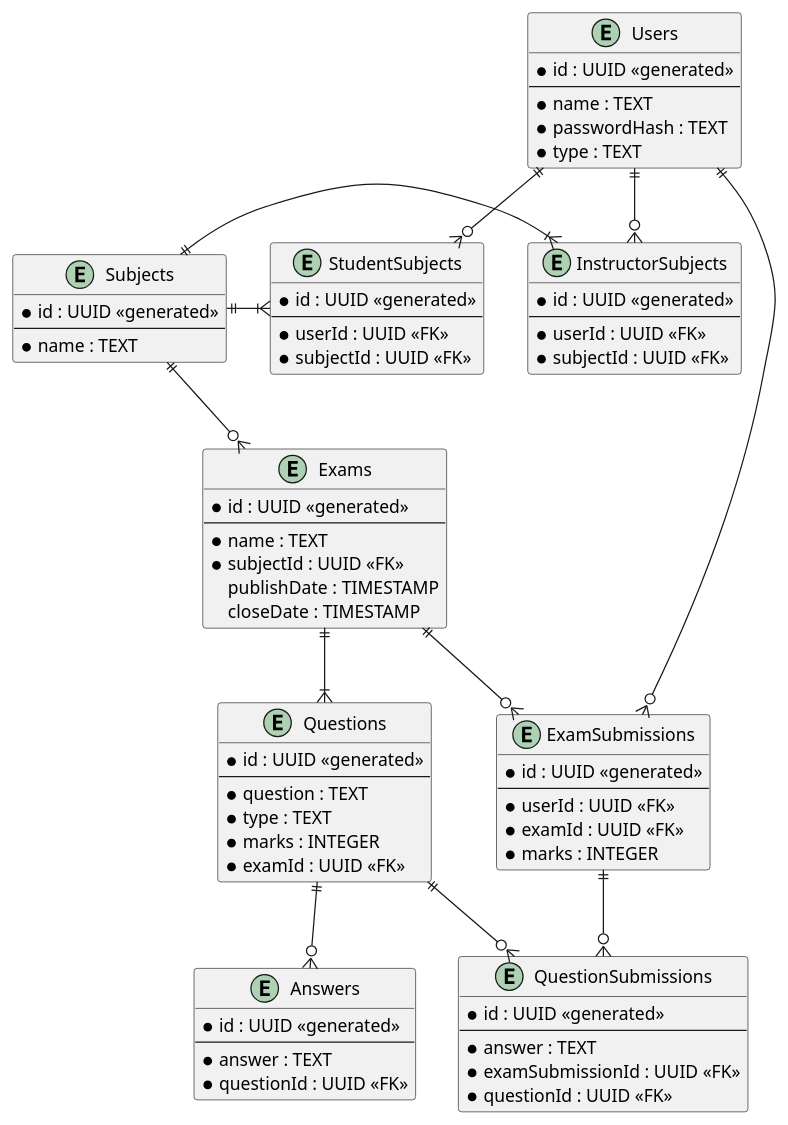
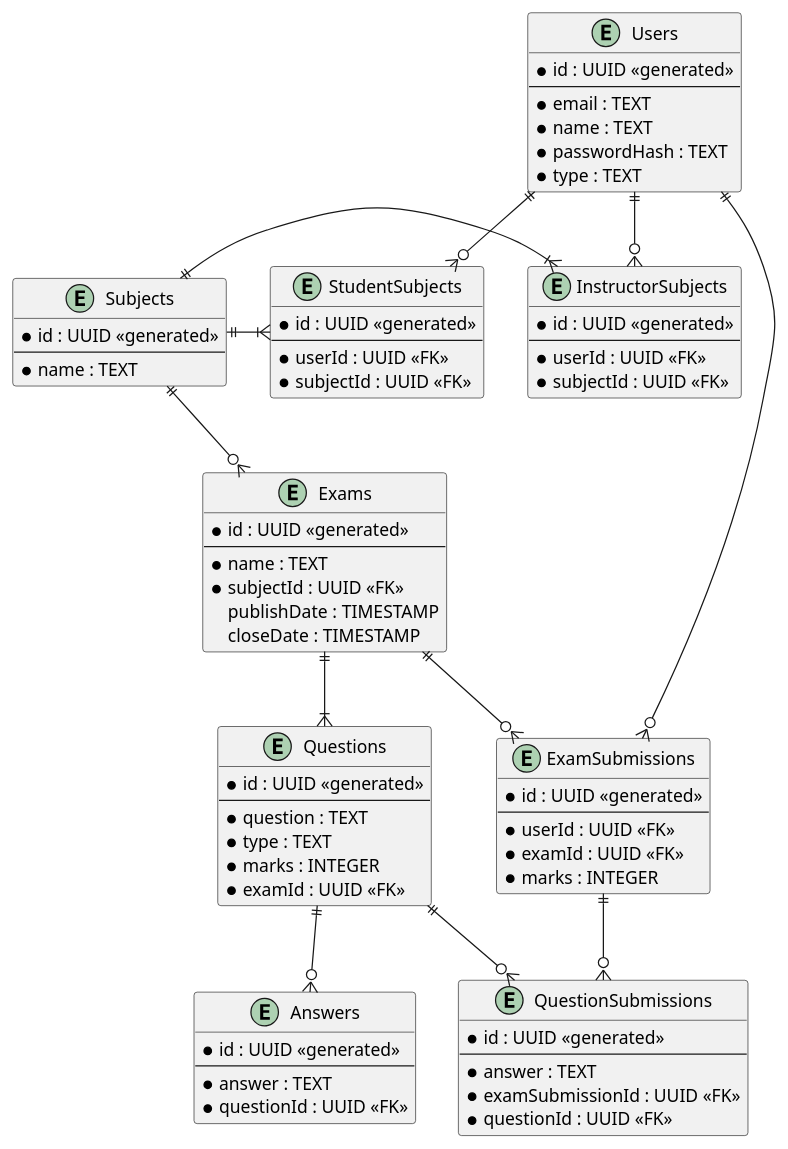
The diagram in docs/diagrams/er.puml (omjadas/ekzameno), drawn with PlantUML before and after one commit. The commit also changed 8 other files, not shown here.

```diff
--- a/docs/diagrams/er.puml
+++ b/docs/diagrams/er.puml
@@ -1,86 +1,87 @@
 @startuml ER Diagram
 
 entity Users {
     * id : UUID <<generated>>
     --
+    * email : TEXT
     * name : TEXT
     * passwordHash : TEXT
     * type : TEXT
 }
 
 entity Subjects {
     * id : UUID <<generated>>
     --
     * name : TEXT
 }
 
 entity Exams {
     * id : UUID <<generated>>
     --
     * name : TEXT
     * subjectId : UUID <<FK>>
     publishDate : TIMESTAMP
     closeDate : TIMESTAMP
 }
 
 entity Questions {
     * id : UUID <<generated>>
     --
     * question : TEXT
     * type : TEXT
     * marks : INTEGER
     * examId : UUID <<FK>>
 }
 
 entity Answers {
     * id : UUID <<generated>>
     --
     * answer : TEXT
     * questionId : UUID <<FK>>
 }
 
 entity ExamSubmissions {
     * id : UUID <<generated>>
     --
     * userId : UUID <<FK>>
     * examId : UUID <<FK>>
     * marks : INTEGER
 }
 
 entity QuestionSubmissions {
     * id : UUID <<generated>>
     --
     * answer : TEXT
     * examSubmissionId : UUID <<FK>>
     * questionId : UUID <<FK>>
 }
 
 entity InstructorSubjects {
     * id : UUID <<generated>>
     --
     * userId : UUID <<FK>>
     * subjectId : UUID <<FK>>
 }
 
 entity StudentSubjects {
     * id : UUID <<generated>>
     --
     * userId : UUID <<FK>>
     * subjectId : UUID <<FK>>
 }
 
 Subjects ||--o{ Exams
 Exams ||--|{ Questions
 Users ||--o{ ExamSubmissions
 Exams ||--o{ ExamSubmissions
 ExamSubmissions ||--o{ QuestionSubmissions
 Questions ||--o{ QuestionSubmissions
 Questions ||--o{ Answers
 
 Users ||--o{ InstructorSubjects
 Users ||--o{ StudentSubjects
 
 Subjects ||-|{ InstructorSubjects
 Subjects ||-|{ StudentSubjects
 
 @enduml
```
